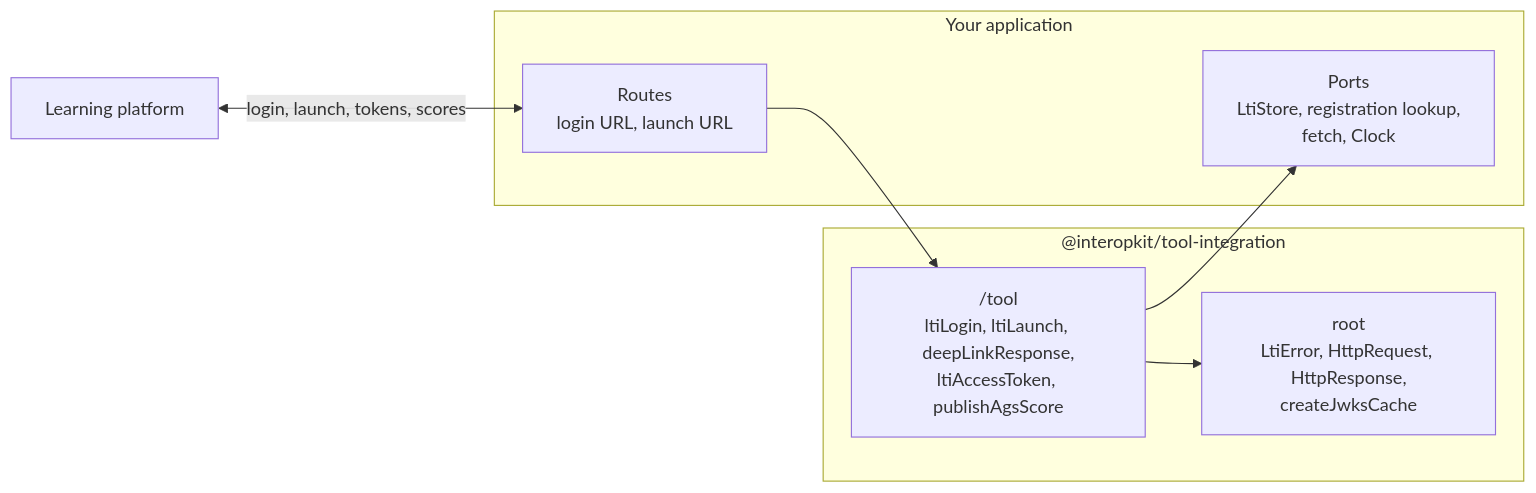
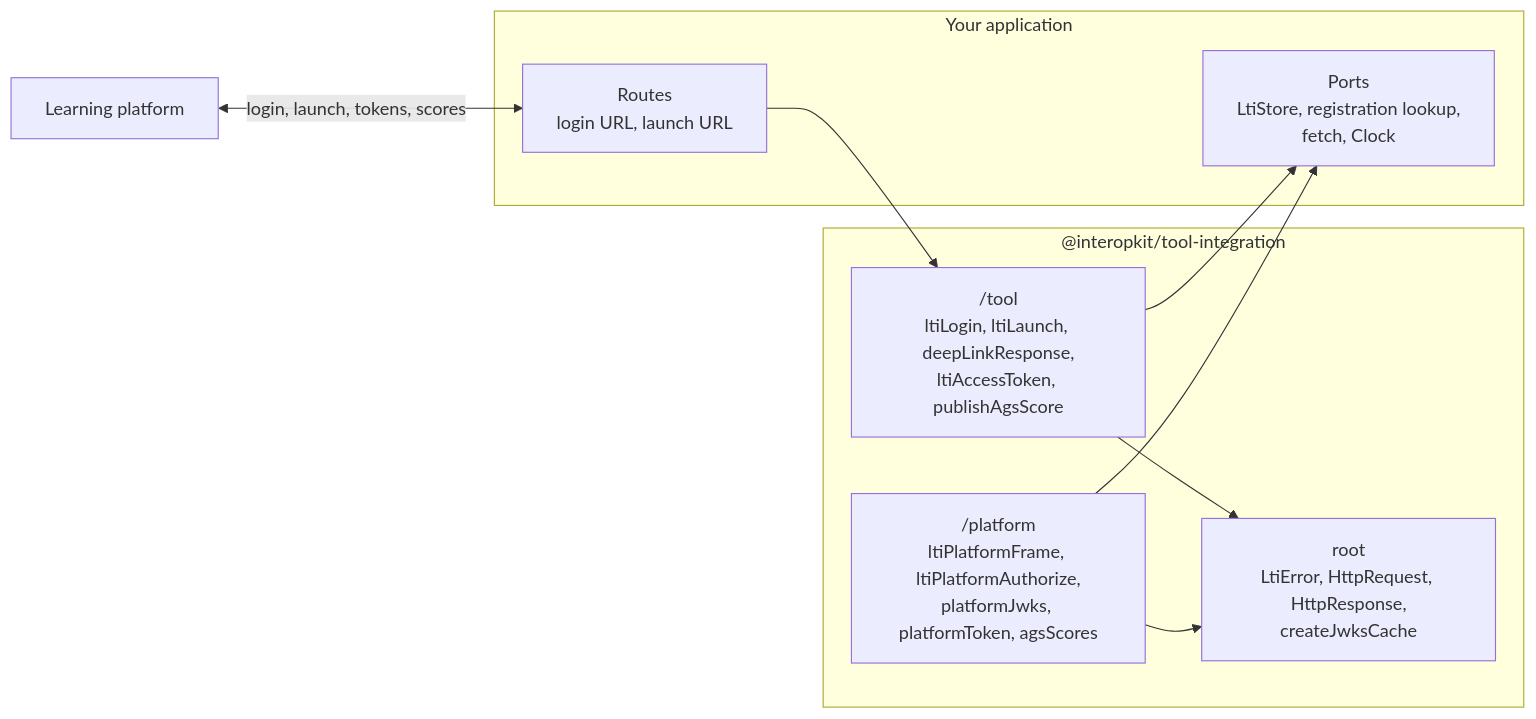
The diagram in packages/tool-integration/README.md (interopkit/interopkit), drawn with Mermaid before and after one commit. The commit also changed other lines of this file and 27 other files, not shown here.

Commit message:
Document and test the platform role against specifications and browsers

````diff
--- a/packages/tool-integration/README.md
+++ b/packages/tool-integration/README.md
@@ -8,16 +9,19 @@
 ```mermaid
 flowchart LR
   platform["Learning platform"]
   subgraph host["Your application"]
     routes["Routes<br/>login URL, launch URL"]
     ports["Ports<br/>LtiStore, registration lookup,<br/>fetch, Clock"]
   end
   subgraph pkg["@interopkit/tool-integration"]
     tool["/tool<br/>ltiLogin, ltiLaunch, deepLinkResponse,<br/>ltiAccessToken, publishAgsScore"]
+    platformRole["/platform<br/>ltiPlatformFrame, ltiPlatformAuthorize,<br/>platformJwks, platformToken, agsScores"]
     root["root<br/>LtiError, HttpRequest, HttpResponse,<br/>createJwksCache"]
   end
   platform <-->|"login, launch, tokens, scores"| routes
   routes --> tool
   tool --> ports
+  platformRole --> ports
   tool --> root
+  platformRole --> root
 ```
````
